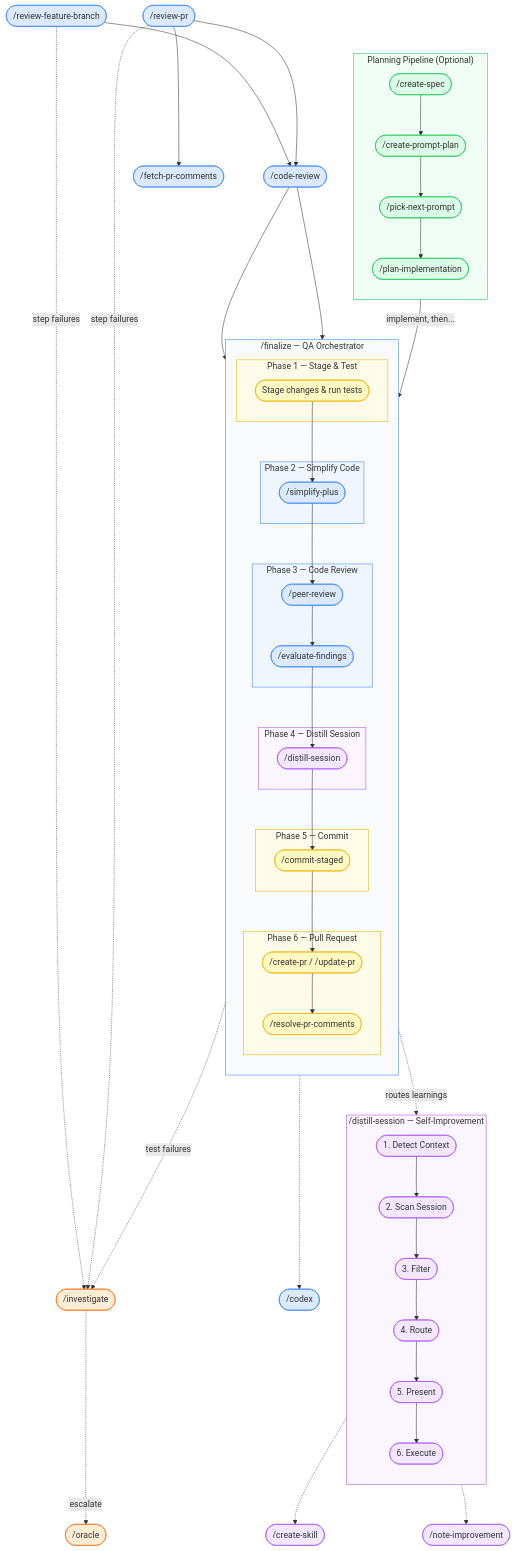
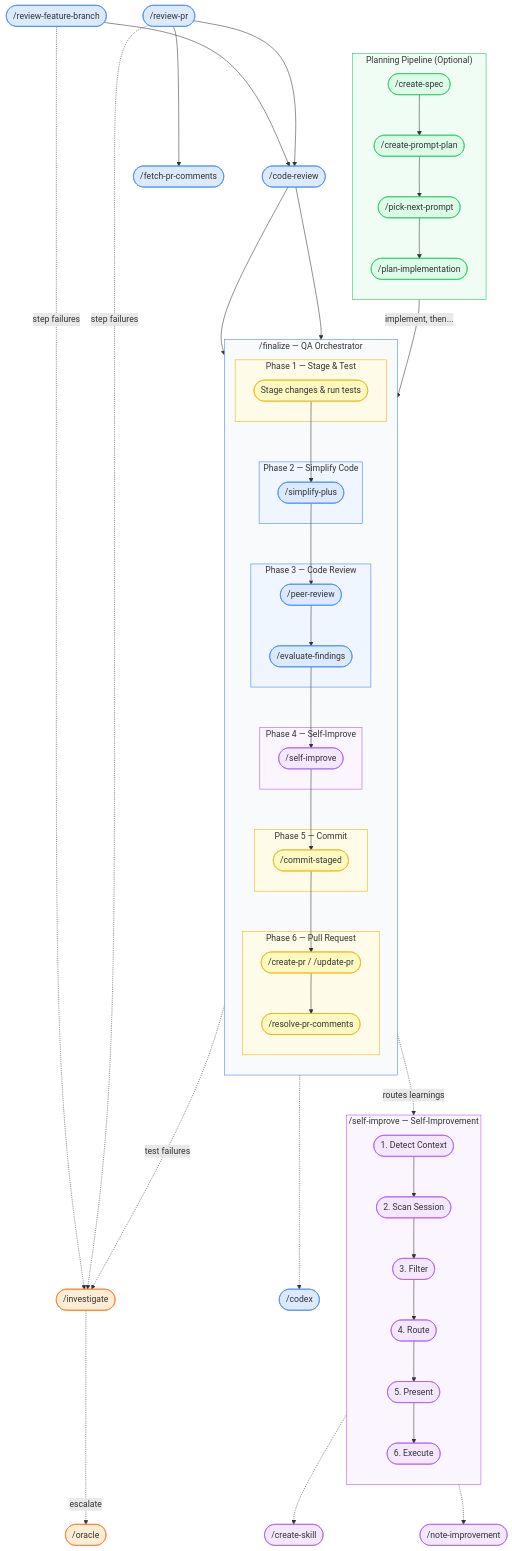
Before and after one commit to CaesarPCChang/turbo: the diagram in README.md, drawn with Mermaid. The commit also changed other lines of this file and 4 other files, not shown here.

Commit message:
Rename distill-session to self-improve

```diff
--- a/README.md
+++ b/README.md
@@ -66,8 +66,8 @@
             peer-review([/peer-review]):::review --> evaluate-findings([/evaluate-findings]):::review
         end
 
-        subgraph p4 ["Phase 4 — Distill Session"]
-            distill-session([/distill-session]):::know
+        subgraph p4 ["Phase 4 — Self-Improve"]
+            self-improve([/self-improve]):::know
         end
 
         subgraph p5 ["Phase 5 — Commit"]
@@ -80,8 +80,8 @@
 
         stage --> simplify-plus
         simplify-plus --> peer-review
-        evaluate-findings --> distill-session
-        distill-session --> commit-staged
+        evaluate-findings --> self-improve
+        self-improve --> commit-staged
         commit-staged --> create-pr
     end
 
@@ -104,7 +104,7 @@
     investigate -. "escalate" .-> oracle([/oracle]):::debug
 
     %% Knowledge
-    subgraph knowledge ["/distill-session — Self-Improvement"]
+    subgraph knowledge ["/self-improve — Self-Improvement"]
         direction TB
         ds-detect(["1. Detect Context"]):::know --> ds-scan(["2. Scan Session"]):::know --> ds-filter(["3. Filter"]):::know --> ds-route(["4. Route"]):::know --> ds-present(["5. Present"]):::know --> ds-execute(["6. Execute"]):::know
     end
@@ -112,7 +112,7 @@
     ds-execute -.-> create-skill([/create-skill]):::know
     ds-execute -.-> note-improvement([/note-improvement]):::know
 
-    distill-session -. "routes learnings" .-> ds-detect
+    self-improve -. "routes learnings" .-> ds-detect
 
     classDef plan fill:#dcfce7,stroke:#22c55e
     classDef review fill:#dbeafe,stroke:#3b82f6
```
